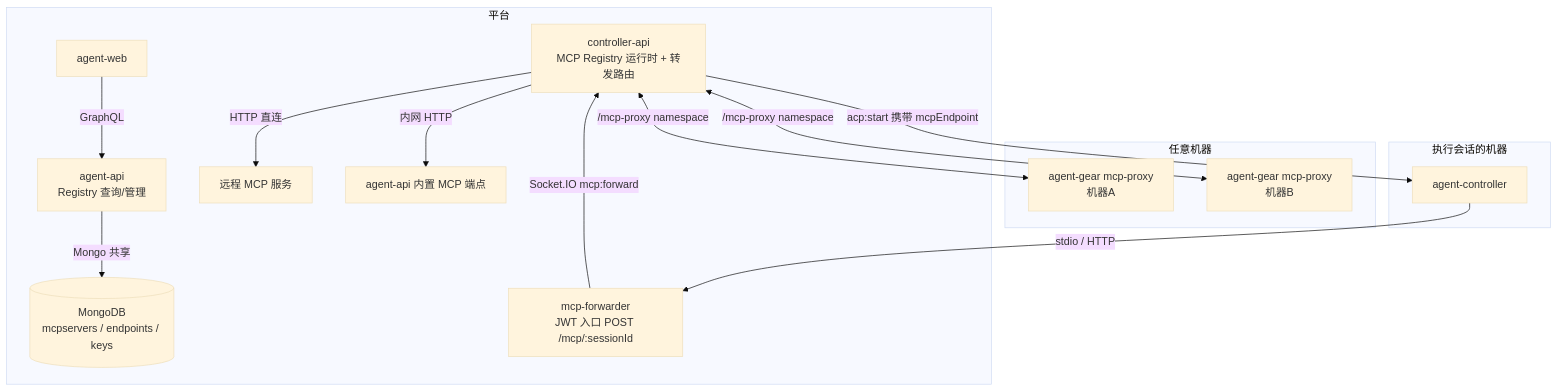
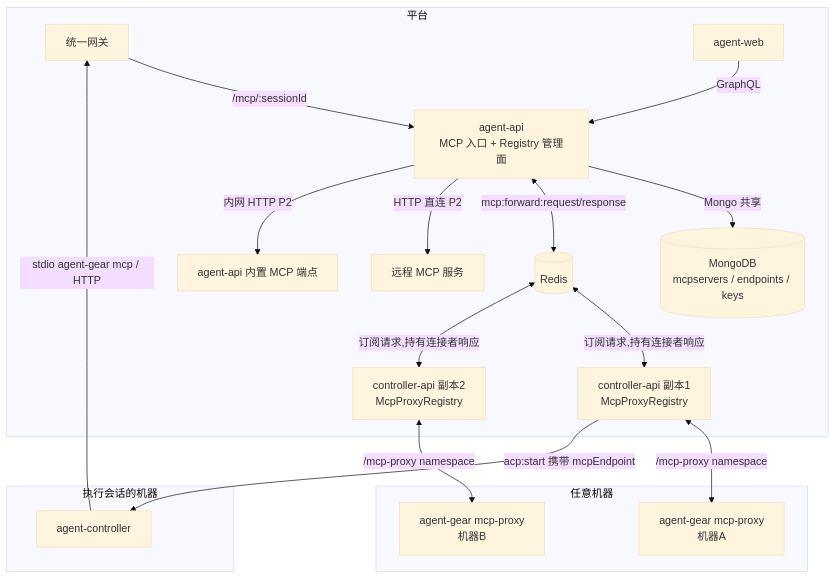
One commit to Deliay/z-agent-gear changed the first of 2 diagrams in docs/engineering/proposals/20260804-feat-integrated-mcp-registry.md. Above: the diagram before and after it, drawn with Mermaid (base theme). The commit also changed other lines of this file, not shown here.

First line of the commit message:
docs(proposal): v2.0 按 review 意见调整 MCP 架构

````diff
--- a/docs/engineering/proposals/20260804-feat-integrated-mcp-registry.md
+++ b/docs/engineering/proposals/20260804-feat-integrated-mcp-registry.md
@@ -52,22 +57,24 @@
 ```mermaid
 flowchart TD
     subgraph 任意机器
-        PX1[agent-gear mcp-proxy<br/>机器A] 
+        PX1[agent-gear mcp-proxy<br/>机器A]
         PX2[agent-gear mcp-proxy<br/>机器B]
     end
     subgraph 平台
-        WEB[agent-web] -->|GraphQL| API[agent-api<br/>Registry 查询/管理]
+        GW[统一网关]
+        WEB[agent-web] -->|GraphQL| API[agent-api<br/>MCP 入口 + Registry 管理面]
+        GW -->|/mcp/:sessionId| API
         API -->|Mongo 共享| DB[(MongoDB<br/>mcpservers / endpoints / keys)]
-        CTRL[controller-api<br/>MCP Registry 运行时 + 转发路由]
-        FWD[mcp-forwarder<br/>JWT 入口 POST /mcp/:sessionId]
-        FWD -->|Socket.IO mcp:forward| CTRL
-        CTRL <-->|/mcp-proxy namespace| PX1
-        CTRL <-->|/mcp-proxy namespace| PX2
-        CTRL -->|HTTP 直连| RMT[远程 MCP 服务]
-        CTRL -->|内网 HTTP| PLAT[agent-api 内置 MCP 端点]
+        API <-->|mcp:forward:request/response| RD[(Redis)]
+        RD <-->|订阅请求,持有连接者响应| CTRL1[controller-api 副本1<br/>McpProxyRegistry]
+        RD <-->|订阅请求,持有连接者响应| CTRL2[controller-api 副本2<br/>McpProxyRegistry]
+        CTRL1 <-->|/mcp-proxy namespace| PX1
+        CTRL2 <-->|/mcp-proxy namespace| PX2
+        API -->|HTTP 直连 P2| RMT[远程 MCP 服务]
+        API -->|内网 HTTP P2| PLAT[agent-api 内置 MCP 端点]
     end
     subgraph 执行会话的机器
-        AC[agent-controller] -->|stdio / HTTP| FWD
+        AC[agent-controller] -->|stdio agent-gear mcp / HTTP| GW
     end
-    CTRL -->|acp:start 携带 mcpEndpoint| AC
+    CTRL1 -->|acp:start 携带 mcpEndpoint| AC
 ```
````
